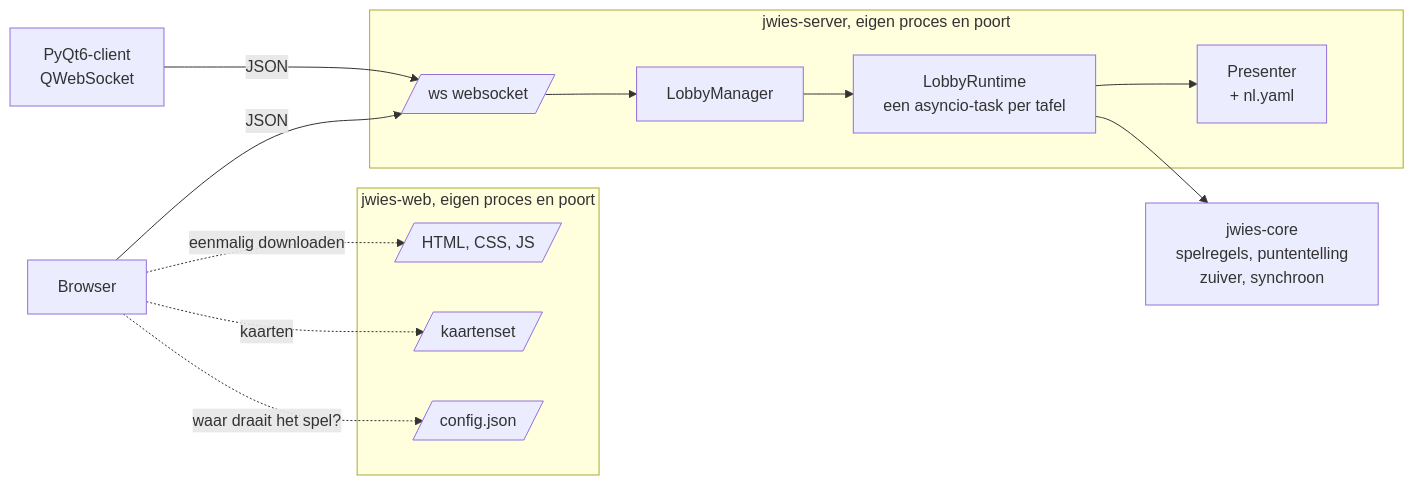
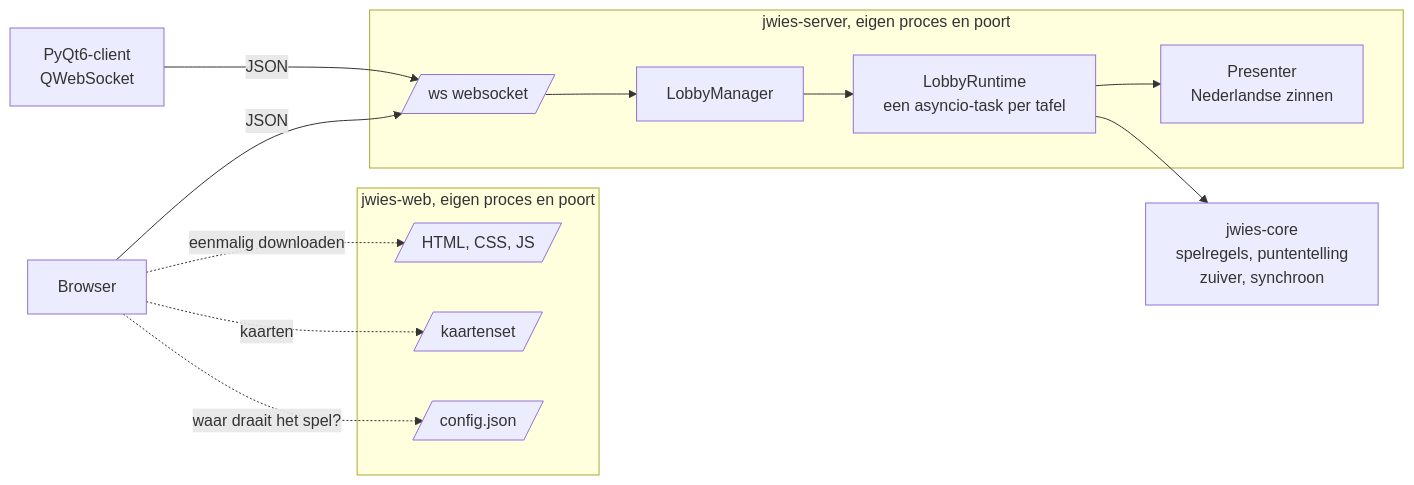
One commit to jorritvm/jwies changed the first of 2 diagrams in docs/architecture/overview.md. Above: the diagram before and after it, drawn with Mermaid. The commit also changed other lines of this file and 44 other files, not shown here.

````diff
--- a/docs/architecture/overview.md
+++ b/docs/architecture/overview.md
@@ -5,29 +5,29 @@
 ```mermaid
 flowchart LR
     browser[Browser]
     qt[PyQt6-client<br/>QWebSocket]
 
     subgraph webproc[jwies-web, eigen proces en poort]
         static[/HTML, CSS, JS/]
         assets[/kaartenset/]
         conf[/config.json/]
     end
 
     subgraph server[jwies-server, eigen proces en poort]
         ws[/ws websocket/]
         mgr[LobbyManager]
         lobby[LobbyRuntime<br/>een asyncio-task per tafel]
-        pres[Presenter<br/>+ nl.yaml]
+        pres[Presenter<br/>Nederlandse zinnen]
     end
 
     core[jwies-core<br/>spelregels, puntentelling<br/>zuiver, synchroon]
 
     browser -. eenmalig downloaden .-> static
     browser -. kaarten .-> assets
     browser -. waar draait het spel? .-> conf
     browser -- JSON --> ws
     qt -- JSON --> ws
     ws --> mgr --> lobby
     lobby --> core
     lobby --> pres
 ```
````
